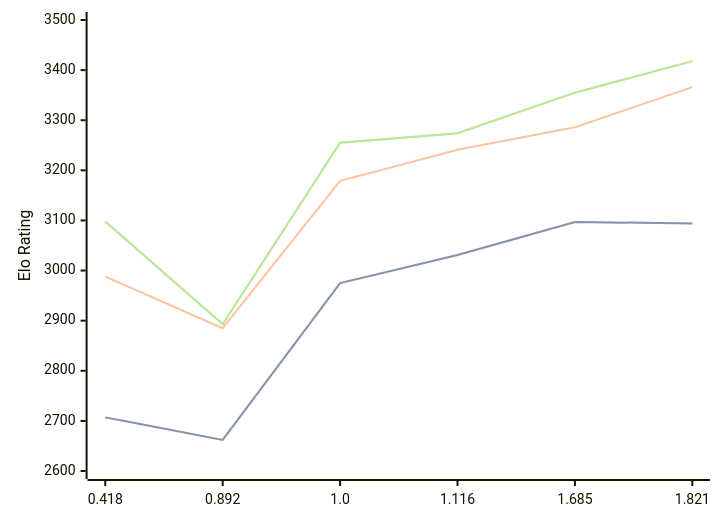
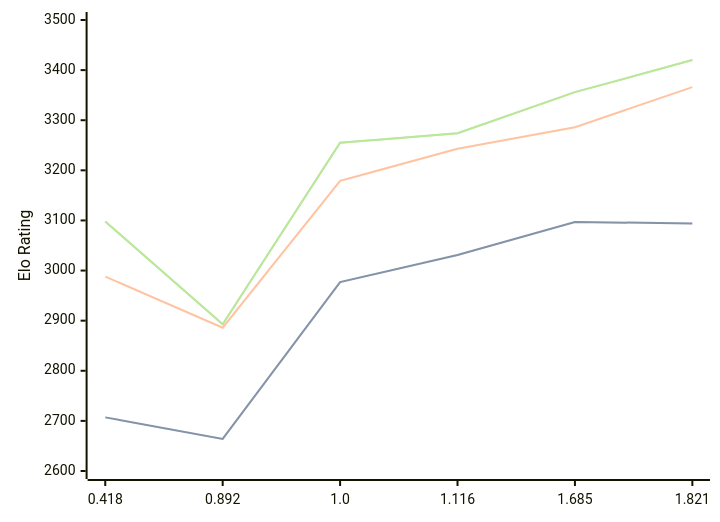
Before and after one commit to computer-chess-index/cci: the diagram in engines/Malika.md, drawn with Mermaid. The commit also changed other lines of this file, not shown here.

Commit message:
Update CCI Ratings (ELO VLTC) - 2026-08-24

````diff
--- a/engines/Malika.md
+++ b/engines/Malika.md
@@ -36,11 +36,11 @@
 ```mermaid
 %%{init: {"theme":"base","themeVariables":{"seriesColors:['#a3a3a3','#222221','#faa371']}}}%%
 xychart-beta
   x-axis ["0.418", "0.892", "1.0", "1.116", "1.685", "1.821"]
   y-axis "Elo Rating" 2600 --> 3500
-  line "STC (8.0+0.08s)" [2707, 2662, 2975, 3031, 3097, 3094]
-  line "STC (8.0+0.08s)" [2707, 2662, 2975, 3031, 3097, 3094]
-  line "LTC (60.0+0.60s)" [2988, 2885, 3179, 3241, 3286, 3366]
-  line "VLTC (2m24s+1.12s)" [3098, 2893, 3255, 3274, 3355, 3418]
-  line "VLTC (2m24s+1.12s)" [3098, 2893, 3255, 3274, 3355, 3418]
+  line "STC (8.0+0.08s)" [2707, 2664, 2977, 3031, 3097, 3094]
+  line "STC (8.0+0.08s)" [2707, 2664, 2977, 3031, 3097, 3094]
+  line "LTC (60.0+0.60s)" [2988, 2886, 3179, 3243, 3286, 3366]
+  line "VLTC (2m24s+1.12s)" [3098, 2893, 3255, 3274, 3356, 3420]
+  line "VLTC (2m24s+1.12s)" [3098, 2893, 3255, 3274, 3356, 3420]
 ```
````
